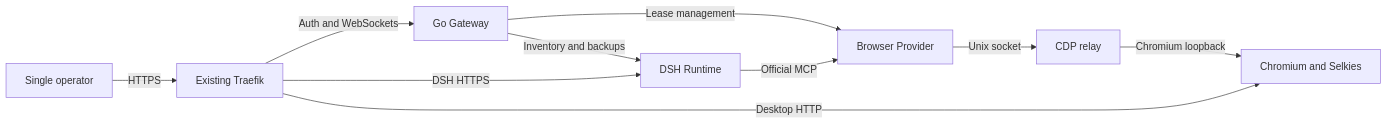
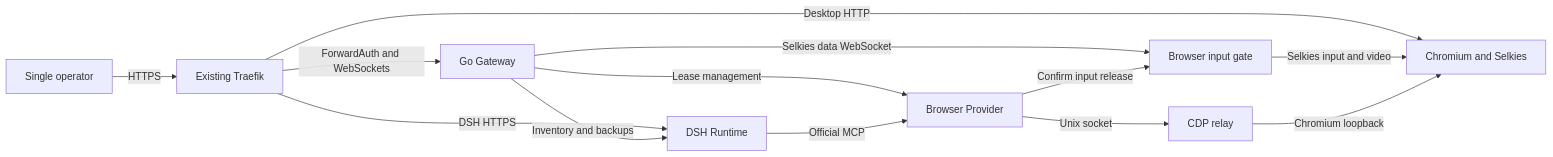
Before and after one commit to sagehou/dsh-workstation: the diagram in docs/ARCHITECTURE.md, drawn with Mermaid. The commit also changed other lines of this file and 17 other files, not shown here.

First line of the commit message:
docs(deploy): align Gateway topology and release instructions

````diff
--- a/docs/ARCHITECTURE.md
+++ b/docs/ARCHITECTURE.md
@@ -26,12 +29,15 @@
 ```mermaid
 flowchart LR
     Person["Single operator"] -->|"HTTPS"| Edge["Existing Traefik"]
-    Edge -->|"Auth and WebSockets"| Gateway["Go Gateway"]
+    Edge -->|"ForwardAuth and WebSockets"| Gateway["Go Gateway"]
     Edge -->|"DSH HTTPS"| DSH["DSH Runtime"]
     Edge -->|"Desktop HTTP"| Browser["Chromium and Selkies"]
     Gateway -->|"Lease management"| Provider["Browser Provider"]
     Gateway -->|"Inventory and backups"| DSH
+    Gateway -->|"Selkies data WebSocket"| Gate["Browser input gate"]
+    Gate -->|"Selkies input and video"| Browser
+    Provider -->|"Confirm input release"| Gate
     DSH -->|"Official MCP"| Provider
     Provider -->|"Unix socket"| Relay["CDP relay"]
     Relay -->|"Chromium loopback"| Browser
 ```
````
